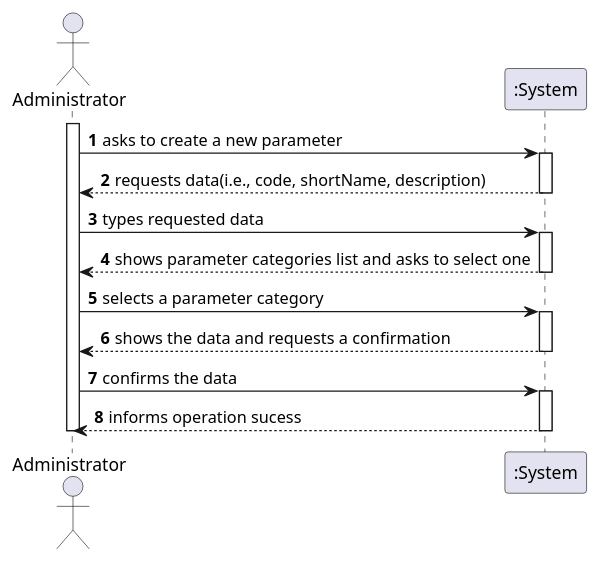
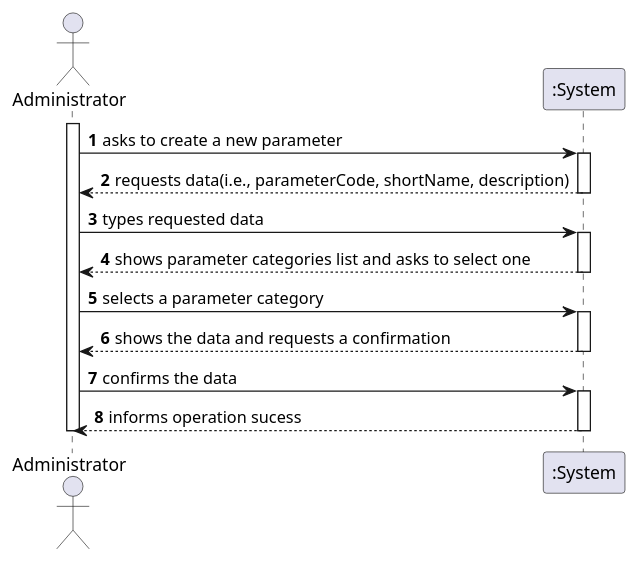
One commit to ana-albergaria/LAPR2-ISEP changed the diagram in docs/SprintB/US_10/US10_SSD.puml. Above: the diagram before and after it, drawn with PlantUML. The commit also changed 22 other files, not shown here.

Commit message:
Corrected US11 and US10 Diagrams, Corrected US11 Code and Finished US10 Code.

```diff
--- a/docs/SprintB/US_10/US10_SSD.puml
+++ b/docs/SprintB/US_10/US10_SSD.puml
@@ -1,28 +1,28 @@
 @startuml
 autonumber
 actor "Administrator" as Adm
 
 activate Adm
 Adm-> ":System" : asks to create a new parameter
 activate ":System"
-":System" --> Adm : requests data(i.e., code, shortName, description)
+":System" --> Adm : requests data(i.e., parameterCode, shortName, description)
 deactivate ":System"
 
 Adm-> ":System" : types requested data
 activate ":System"
 ":System" --> Adm : shows parameter categories list and asks to select one
 deactivate ":System"
 
 Adm-> ":System" : selects a parameter category
 activate ":System"
 ":System" --> Adm : shows the data and requests a confirmation
 deactivate ":System"
 
 Adm-> ":System" : confirms the data
 activate ":System"
 ":System" --> Adm : informs operation sucess
 deactivate ":System"
 
 deactivate Adm
 
 @enduml
```
